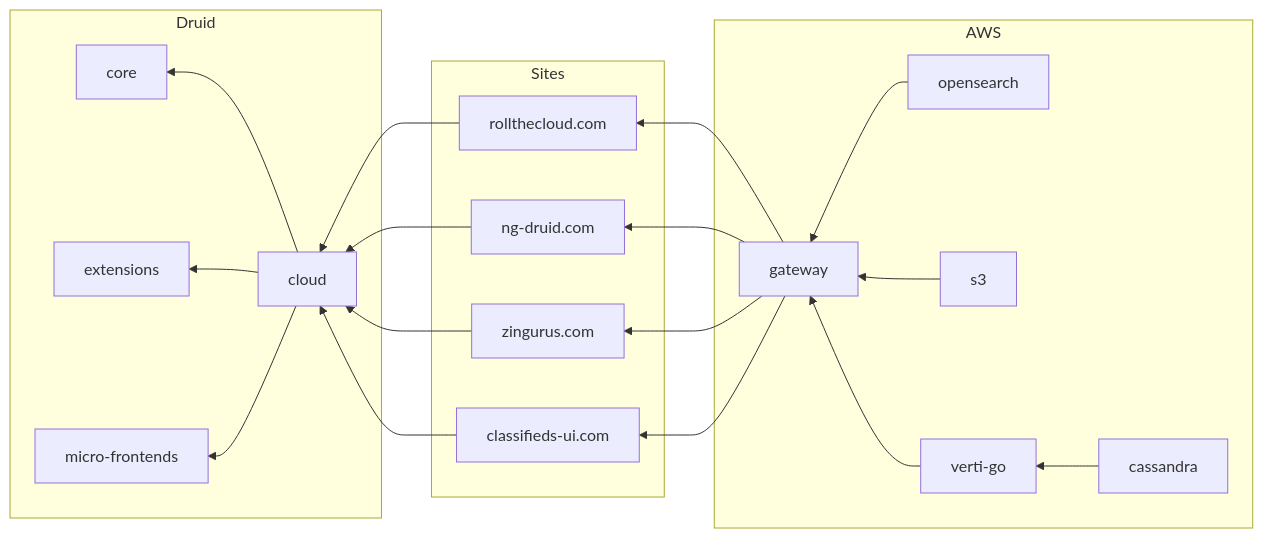
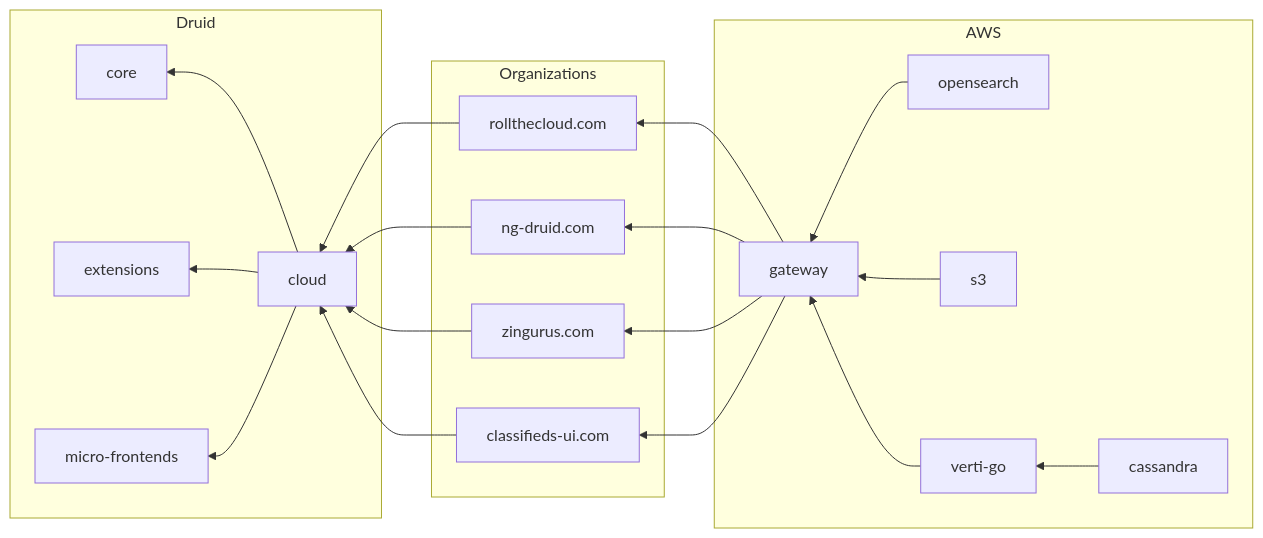
One commit to rollthecloudinc/quell changed the diagram in architecture/ecosystem/README.md. Above: the diagram before and after it, drawn with Mermaid.

````diff
--- a/architecture/ecosystem/README.md
+++ b/architecture/ecosystem/README.md
@@ -5,27 +5,27 @@
 ```mermaid
 flowchart RL
 subgraph Druid
 core
 extensions
 micro-frontends
 cloud-->core
 cloud-->extensions
 cloud-->micro-frontends
 end
-subgraph Sites
+subgraph Organizations
 dcloud[rollthecloud.com]-->cloud
 druid2[ng-druid.com]-->cloud
 zingurus[zingurus.com]-->cloud
 classifieds-ui[classifieds-ui.com]-->cloud
 end
 subgraph AWS
 gateway-->dcloud
 gateway-->druid2
 gateway-->zingurus
 gateway-->classifieds-ui
 opensearch-->gateway
 s3-->gateway
 verti-go-->gateway
 cassandra-->verti-go
 end
 ```
````
